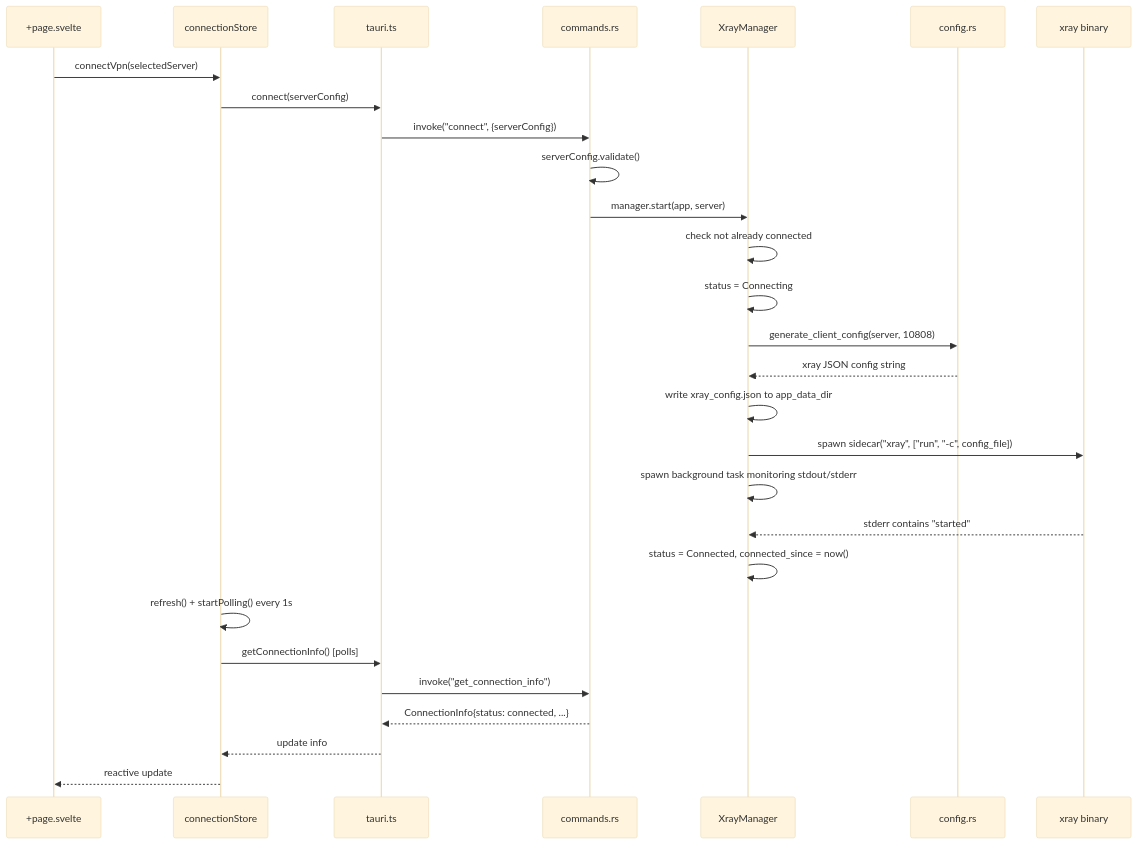
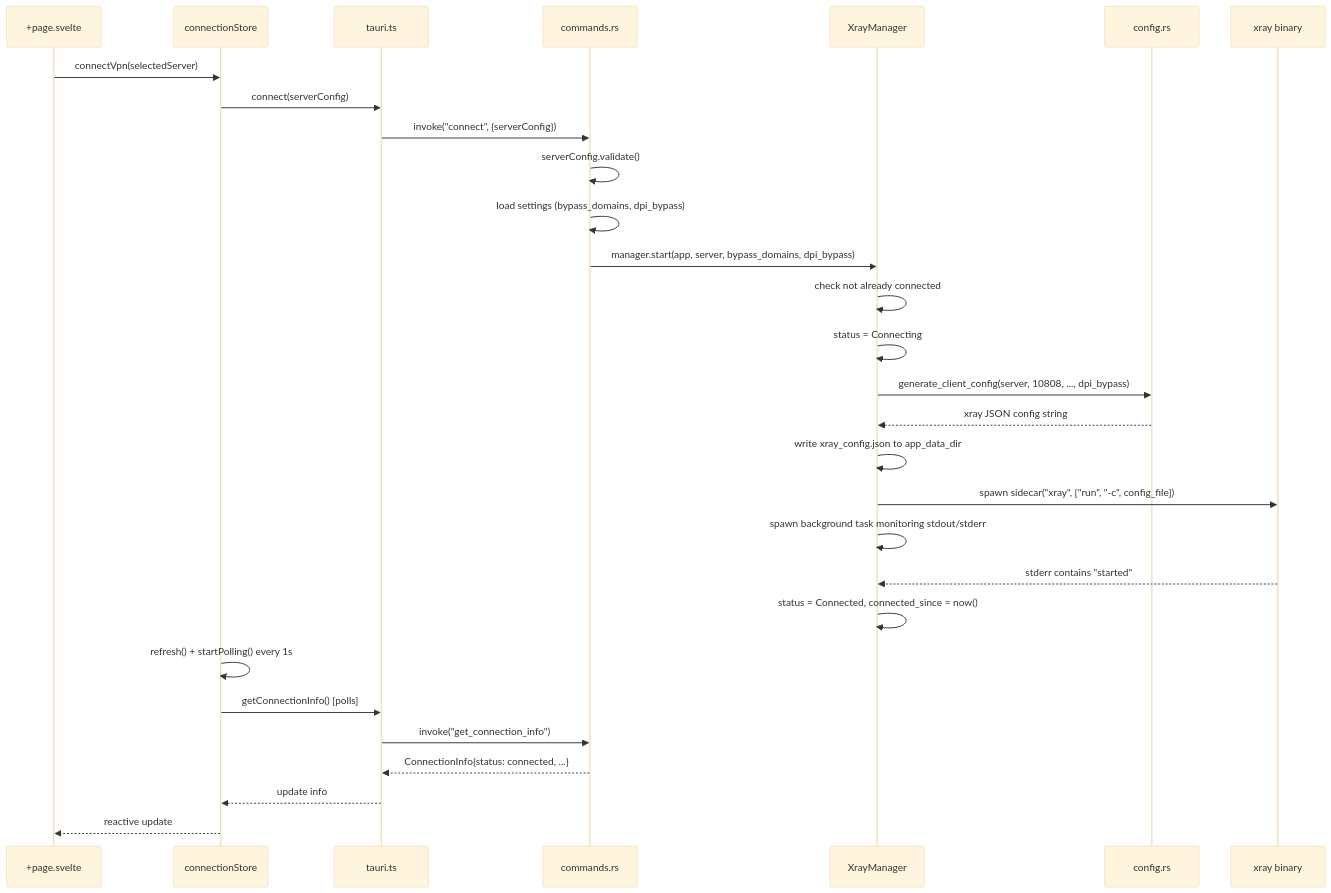
The second of 3 diagrams in docs/ARCHITECTURE.md (Shurubtsov/rustvpn), drawn with Mermaid (base theme) before and after one commit. The commit also changed other lines of this file and 19 other files, not shown here.

First line of the commit message:
Bump to v0.7.0: add DPI bypass for Russian mobile networks

````diff
--- a/docs/ARCHITECTURE.md
+++ b/docs/ARCHITECTURE.md
@@ -146,31 +147,32 @@
 ```mermaid
 sequenceDiagram
     participant UI as +page.svelte
     participant CS as connectionStore
     participant API as tauri.ts
     participant Rust as commands.rs
     participant XM as XrayManager
     participant CFG as config.rs
     participant XRAY as xray binary
 
     UI->>CS: connectVpn(selectedServer)
     CS->>API: connect(serverConfig)
     API->>Rust: invoke("connect", {serverConfig})
     Rust->>Rust: serverConfig.validate()
-    Rust->>XM: manager.start(app, server)
+    Rust->>Rust: load settings (bypass_domains, dpi_bypass)
+    Rust->>XM: manager.start(app, server, bypass_domains, dpi_bypass)
     XM->>XM: check not already connected
     XM->>XM: status = Connecting
-    XM->>CFG: generate_client_config(server, 10808)
+    XM->>CFG: generate_client_config(server, 10808, ..., dpi_bypass)
     CFG-->>XM: xray JSON config string
     XM->>XM: write xray_config.json to app_data_dir
     XM->>XRAY: spawn sidecar("xray", ["run", "-c", config_file])
     XM->>XM: spawn background task monitoring stdout/stderr
     XRAY-->>XM: stderr contains "started"
     XM->>XM: status = Connected, connected_since = now()
     CS->>CS: refresh() + startPolling() every 1s
     CS->>API: getConnectionInfo() [polls]
     API->>Rust: invoke("get_connection_info")
     Rust-->>API: ConnectionInfo{status: connected, ...}
     API-->>CS: update info
     CS-->>UI: reactive update
 ```
````
